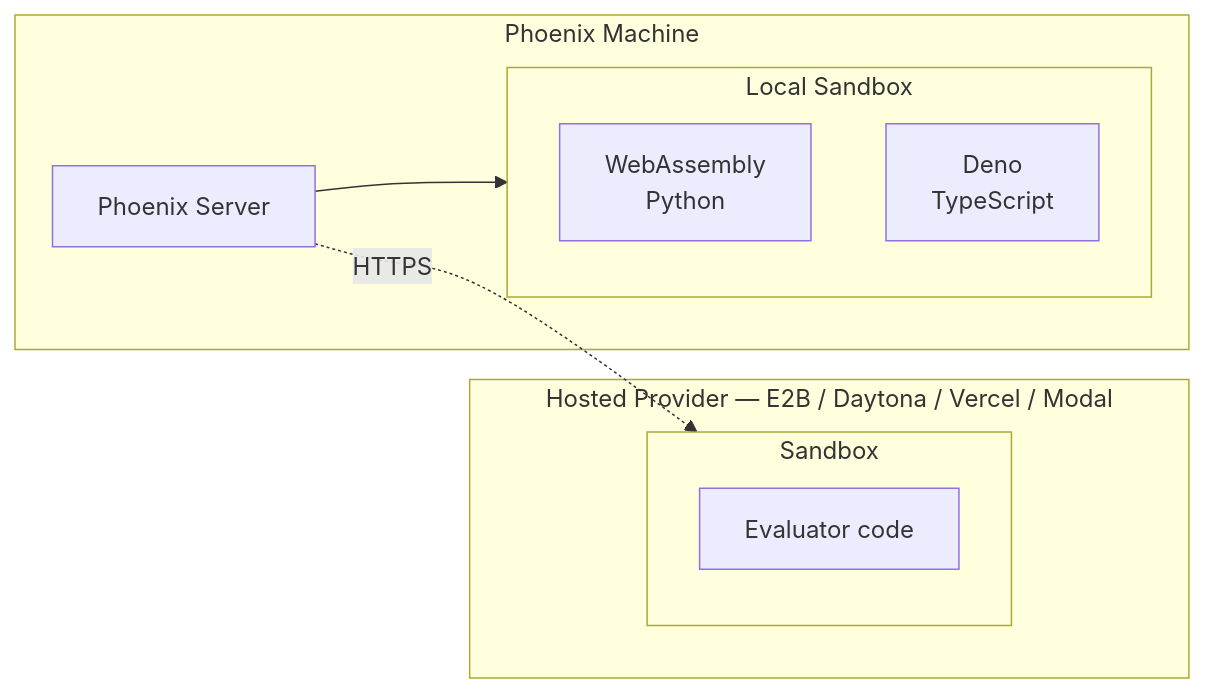
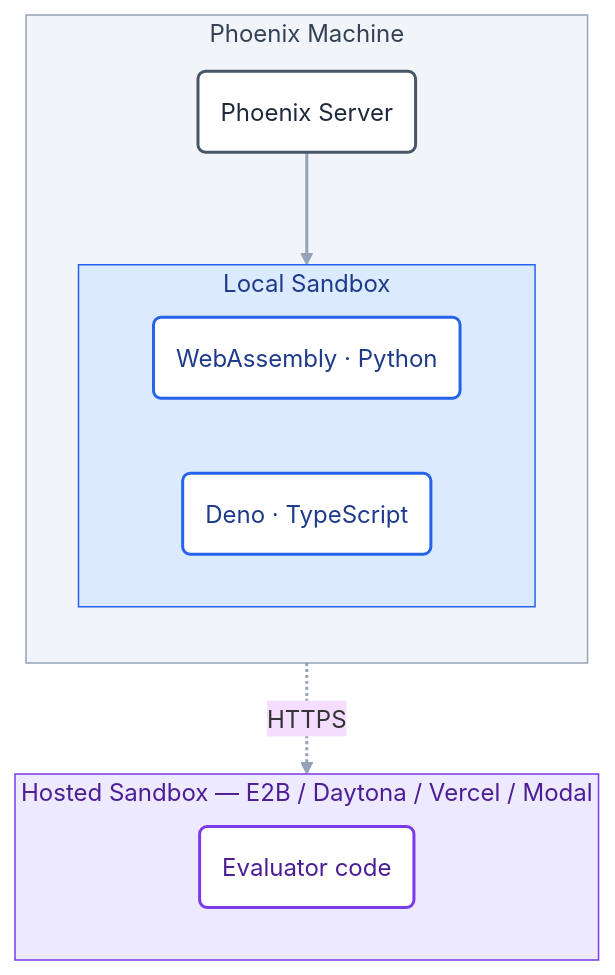
One commit to Arize-ai/phoenix changed the second of 2 diagrams in docs/phoenix/evaluation/server-evals/code-evaluators.mdx. Above: the diagram before and after it, drawn with Mermaid. The commit also changed other lines of this file and 1 other file, not shown here.

Commit message:
docs(sandbox): improve readability of code evaluator and sandbox diagrams
Rework the three Mermaid diagrams on the code-evaluators and Sandboxes
pages so they read clearly in both light and dark mode:

- Pin a self-contained `base` theme and explicit colors so contrast no
  longer depends on the inherited site theme.
- Switch the sandbox diagrams to a top-down layout and drop the
  redundant inner subgraph so the HTTPS hop reads as a clean vertical
  step.
- Restrained palette: neutral host, blue = local sandbox, violet =
  hosted sandbox; monochrome pipeline with only `evaluate(...)`
  highlighted.
- Straighten the "How It Works" pipeline into a single left-to-right
  flow, removing the backward arrow.

````diff
--- a/docs/phoenix/evaluation/server-evals/code-evaluators.mdx
+++ b/docs/phoenix/evaluation/server-evals/code-evaluators.mdx
@@ -127,19 +137,34 @@
 ```mermaid
-flowchart LR
+%%{init: {'theme': 'base'}}%%
+flowchart TB
     subgraph phoenixHost ["Phoenix Machine"]
-        Server[Phoenix Server]
+        direction TB
+        Server("Phoenix Server")
         subgraph localBox ["Local Sandbox"]
-            WASM[WebAssembly<br/>Python]
-            Deno[Deno<br/>TypeScript]
+            direction LR
+            WASM("WebAssembly · Python")
+            Deno("Deno · TypeScript")
         end
         Server --> localBox
     end
 
-    subgraph provider ["Hosted Provider — E2B / Daytona / Vercel / Modal"]
-        subgraph hostedBox ["Sandbox"]
-            Code[Evaluator code]
-        end
+    subgraph provider ["Hosted Sandbox — E2B / Daytona / Vercel / Modal"]
+        Code("Evaluator code")
     end
 
-    Server -. HTTPS .-> hostedBox
+    Server -. "HTTPS" .-> provider
+
+    classDef host fill:#FFFFFF,stroke:#475569,stroke-width:2px,color:#1E293B
+    classDef localNode fill:#FFFFFF,stroke:#2563EB,stroke-width:2px,color:#1E3A8A
+    classDef hostedNode fill:#FFFFFF,stroke:#7C3AED,stroke-width:2px,color:#4C1D95
+
+    class Server host
+    class WASM,Deno localNode
+    class Code hostedNode
+
+    style phoenixHost fill:#F1F5F9,stroke:#94A3B8,stroke-width:1px,color:#334155
+    style localBox fill:#DBEAFE,stroke:#2563EB,stroke-width:1px,color:#1E3A8A
+    style provider fill:#EDE9FE,stroke:#7C3AED,stroke-width:1px,color:#4C1D95
+
+    linkStyle default stroke:#94A3B8,stroke-width:2px
 ```
````
